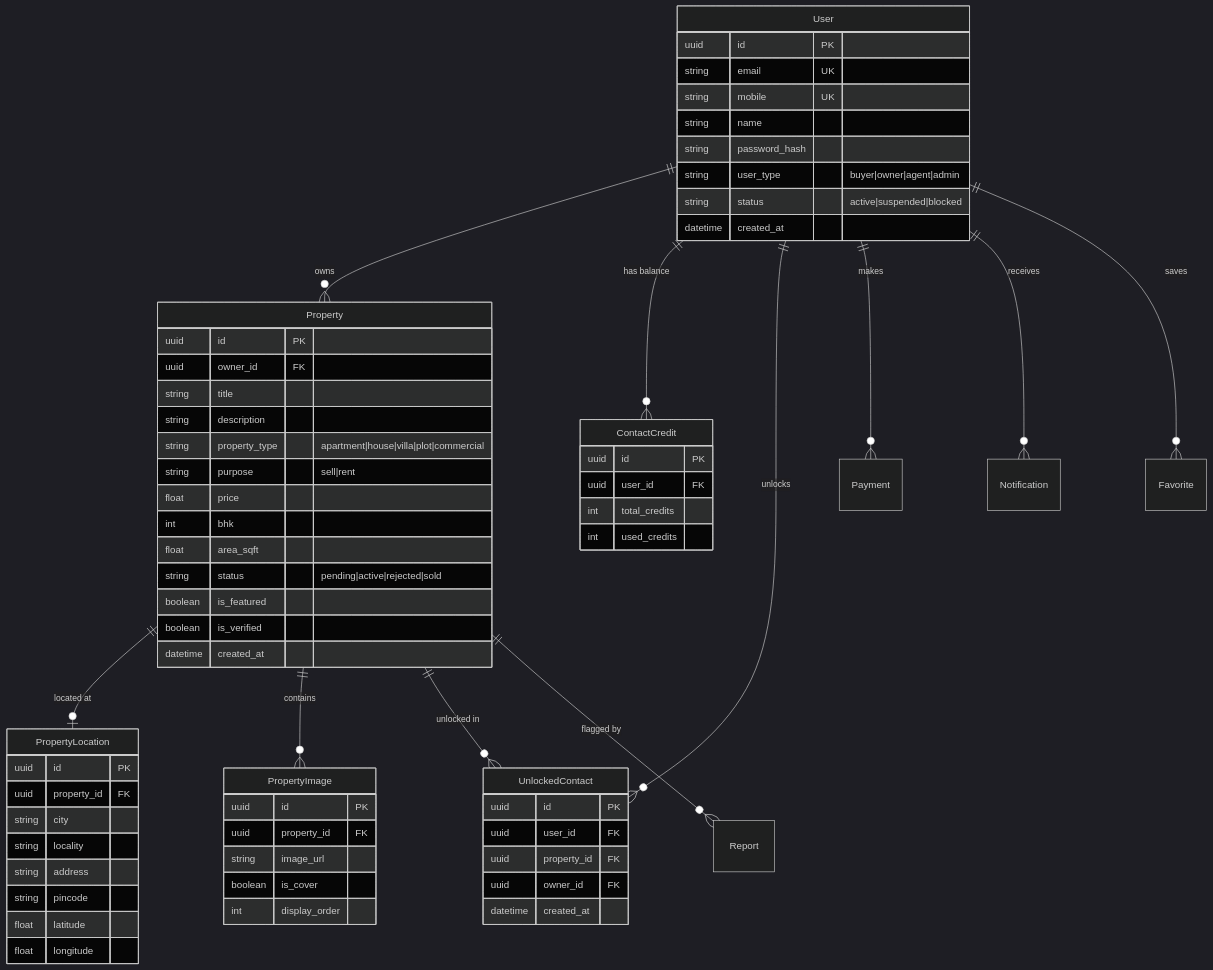
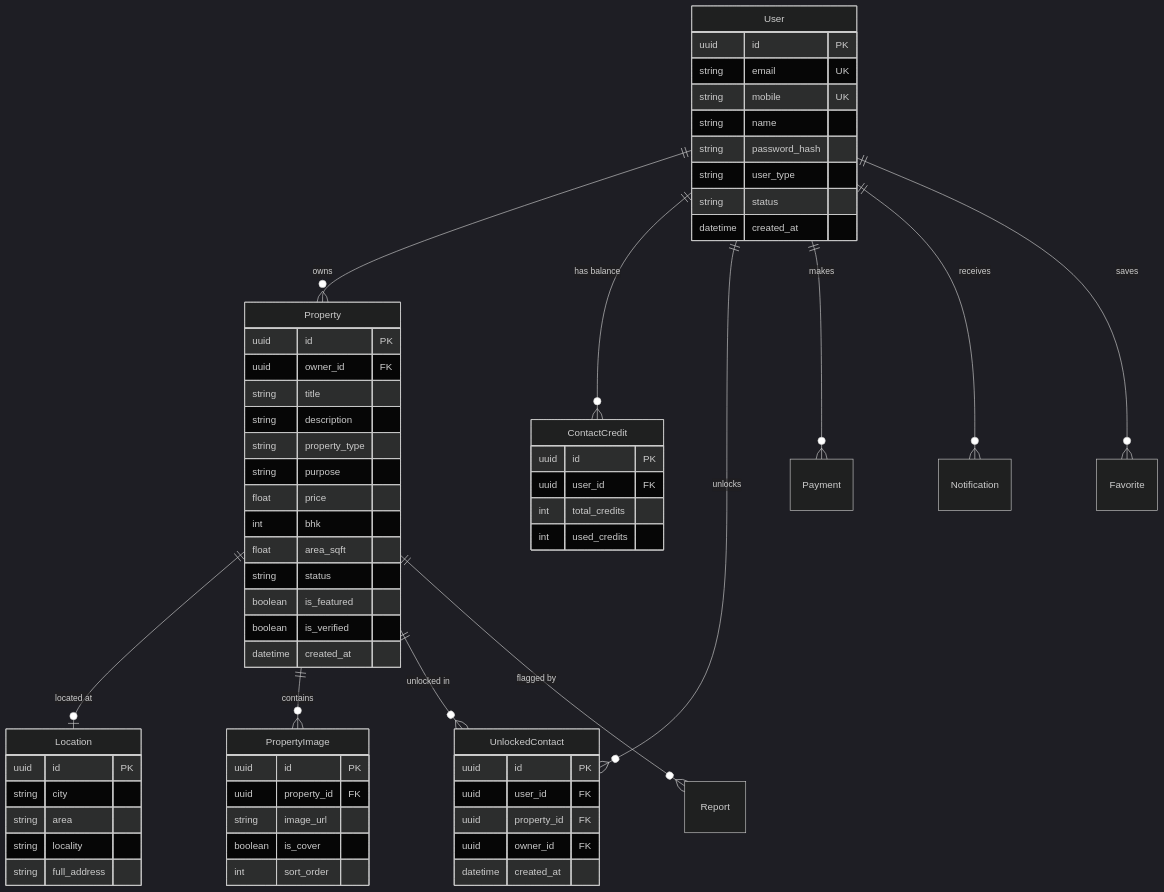
Before and after one commit to sanjeev8085/property-portal: the second of 2 diagrams in docs/SYSTEM_DOCUMENTATION.md, drawn with Mermaid (dark theme). The commit also changed other lines of this file and 1 other file, not shown here.

````diff
--- a/docs/SYSTEM_DOCUMENTATION.md
+++ b/docs/SYSTEM_DOCUMENTATION.md
@@ -388,75 +320,72 @@
 ```mermaid
 erDiagram
     User ||--o{ Property : "owns"
     User ||--o{ ContactCredit : "has balance"
     User ||--o{ UnlockedContact : "unlocks"
     User ||--o{ Payment : "makes"
     User ||--o{ Notification : "receives"
     User ||--o{ Favorite : "saves"
     
-    Property ||--o| PropertyLocation : "located at"
+    Property ||--o| Location : "located at"
     Property ||--o{ PropertyImage : "contains"
     Property ||--o{ UnlockedContact : "unlocked in"
     Property ||--o{ Report : "flagged by"
     
     User {
         uuid id PK
         string email UK
         string mobile UK
         string name
         string password_hash
-        string user_type "buyer|owner|agent|admin"
-        string status "active|suspended|blocked"
+        string user_type
+        string status
         datetime created_at
     }
 
     Property {
         uuid id PK
         uuid owner_id FK
         string title
         string description
-        string property_type "apartment|house|villa|plot|commercial"
-        string purpose "sell|rent"
+        string property_type
+        string purpose
         float price
         int bhk
         float area_sqft
-        string status "pending|active|rejected|sold"
+        string status
         boolean is_featured
         boolean is_verified
         datetime created_at
     }
 
-    PropertyLocation {
+    Location {
         uuid id PK
-        uuid property_id FK
         string city
+        string area
         string locality
-        string address
-        string pincode
-        float latitude
-        float longitude
+        string full_address
     }
 
     PropertyImage {
         uuid id PK
         uuid property_id FK
         string image_url
         boolean is_cover
-        int display_order
+        int sort_order
     }
 
     UnlockedContact {
         uuid id PK
         uuid user_id FK
         uuid property_id FK
         uuid owner_id FK
         datetime created_at
     }
 
     ContactCredit {
         uuid id PK
         uuid user_id FK
         int total_credits
         int used_credits
     }
 ```
````
